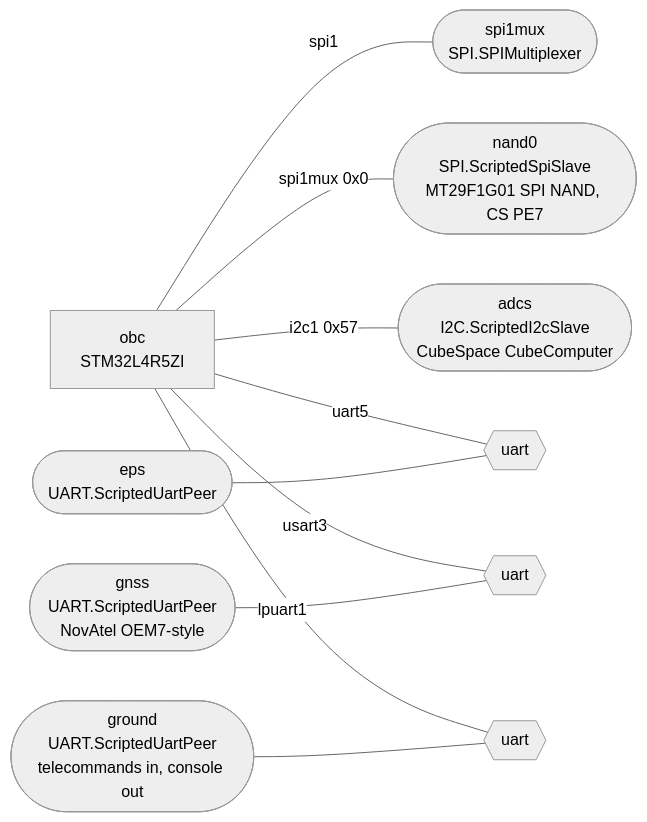
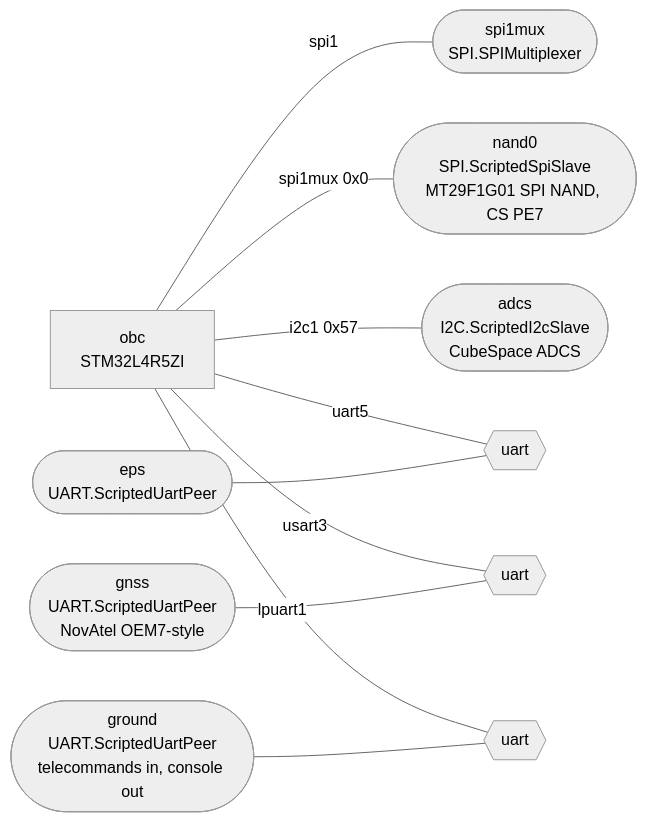
One commit to simantic-dev/CTS-SAT-1-OBC-Firmware changed the diagram in README.md. Above: the diagram before and after it, drawn with Mermaid (neutral theme). The commit also changed other lines of this file, not shown here.

Commit message:
README: call the ADCS peer an ADCS, as the firmware does
Claude-Session: https://claude.ai/code/session_01EeDH2ssCQpvyJGWmfwLzZA

````diff
--- a/README.md
+++ b/README.md
@@ -15,22 +15,22 @@
 ```mermaid
 flowchart LR
   obc["obc<br/>STM32L4R5ZI"]
   obc_spi1mux(["spi1mux<br/>SPI.SPIMultiplexer"])
   obc -- "spi1" --- obc_spi1mux
   obc_nand0(["nand0<br/>SPI.ScriptedSpiSlave<br/>MT29F1G01 SPI NAND, CS PE7"])
   obc -- "spi1mux 0x0" --- obc_nand0
-  obc_adcs(["adcs<br/>I2C.ScriptedI2cSlave<br/>CubeSpace CubeComputer"])
+  obc_adcs(["adcs<br/>I2C.ScriptedI2cSlave<br/>CubeSpace ADCS"])
   obc -- "i2c1 0x57" --- obc_adcs
   obc_eps(["eps<br/>UART.ScriptedUartPeer"])
   obc_gnss(["gnss<br/>UART.ScriptedUartPeer<br/>NovAtel OEM7-style"])
   obc_ground(["ground<br/>UART.ScriptedUartPeer<br/>telecommands in, console out"])
   medium0{{"uart"}}
   obc -- "uart5" --- medium0
   obc_eps --- medium0
   medium1{{"uart"}}
   obc -- "usart3" --- medium1
   obc_gnss --- medium1
   medium2{{"uart"}}
   obc -- "lpuart1" --- medium2
   obc_ground --- medium2
 ```
````
